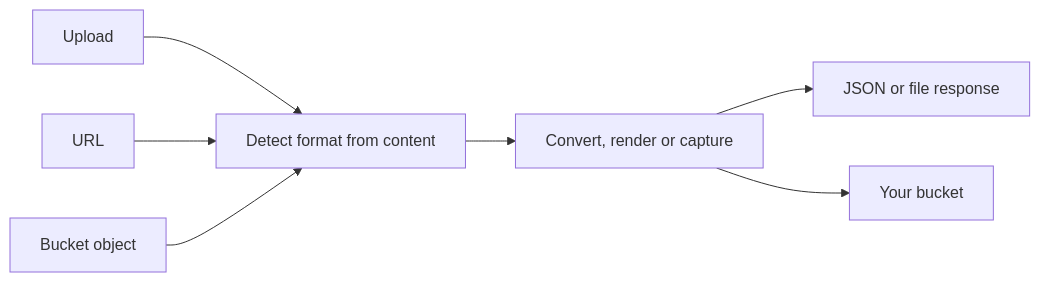
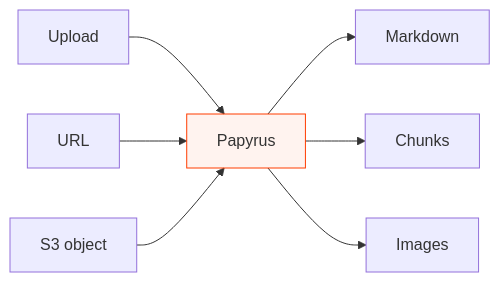
One commit to axelered/papyrus changed the diagram in docs/index.mdx. Above: the diagram before and after it, drawn with Mermaid. The commit also changed other lines of this file, not shown here.

````diff
--- a/docs/index.mdx
+++ b/docs/index.mdx
@@ -21,9 +26,12 @@
 ```mermaid
 flowchart LR
-    upload[Upload] --> detect
-    url[URL] --> detect
-    bucket[Bucket object] --> detect
-    detect[Detect format from content] --> process[Convert, render or capture]
-    process --> response[JSON or file response]
-    process --> destination[Your bucket]
+    upload[Upload] --> api
+    url[URL] --> api
+    bucket[S3 object] --> api
+    api[Papyrus]
+    api --> markdown[Markdown]
+    api --> chunks[Chunks]
+    api --> images[Images]
+
+    style api fill:#ff3d0010,stroke:#ff3d00
 ```
````
